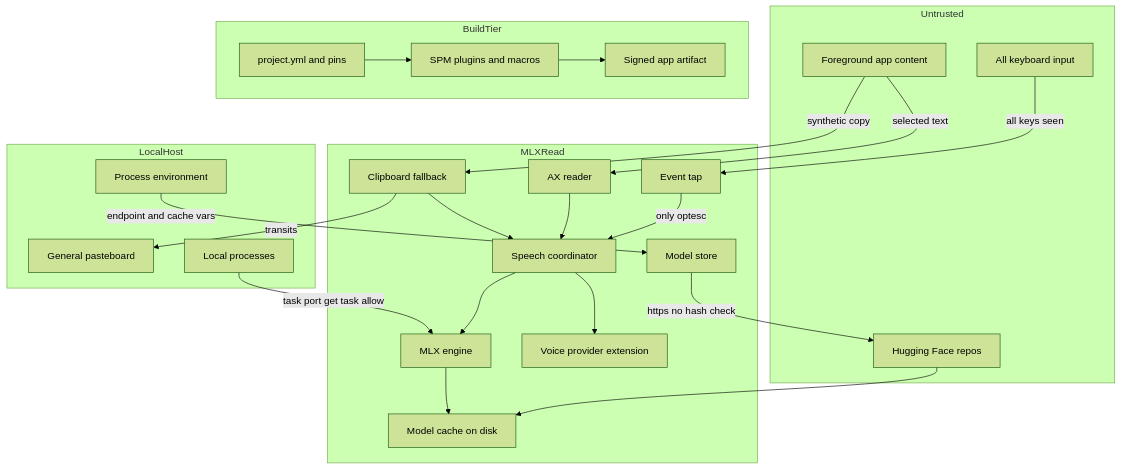
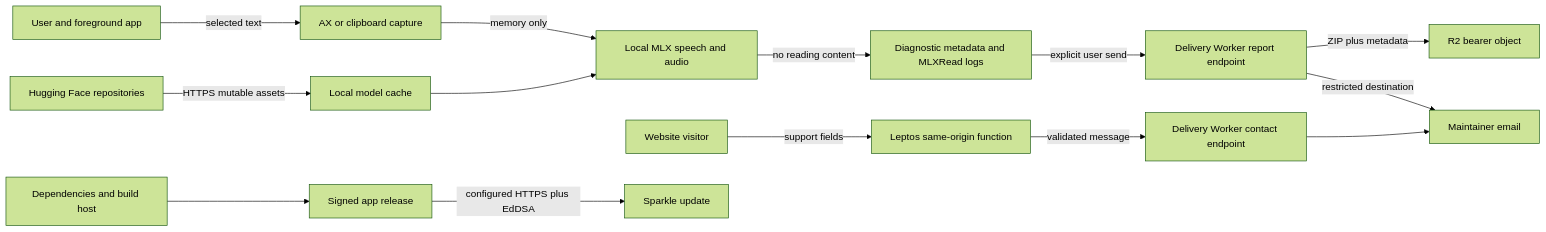
Before and after one commit to rogu3bear/mlxread: the diagram in mlxread-threat-model.md, drawn with Mermaid (forest theme). The commit also changed other lines of this file and 4 other files, not shown here.

````diff
--- a/mlxread-threat-model.md
+++ b/mlxread-threat-model.md
@@ -60,44 +104,16 @@
 ```mermaid
-flowchart TD
-  subgraph Untrusted
-    FG["Foreground app content"]
-    KB["All keyboard input"]
-    HF["Hugging Face repos"]
-  end
-  subgraph LocalHost
-    PB["General pasteboard"]
-    ENV["Process environment"]
-    LP["Local processes"]
-  end
-  subgraph MLXRead
-    TAP["Event tap"]
-    AX["AX reader"]
-    CLIP["Clipboard fallback"]
-    COORD["Speech coordinator"]
-    ENGINE["MLX engine"]
-    STORE["Model store"]
-    CACHE["Model cache on disk"]
-    APPEX["Voice provider extension"]
-  end
-  subgraph BuildTier
-    YML["project.yml and pins"]
-    SPM["SPM plugins and macros"]
-    ART["Signed app artifact"]
-  end
-  KB -->|all keys seen| TAP
-  TAP -->|only optesc| COORD
-  FG -->|selected text| AX
-  FG -->|synthetic copy| CLIP
-  CLIP -->|transits| PB
-  AX --> COORD
-  CLIP --> COORD
-  COORD --> ENGINE
-  STORE -->|https no hash check| HF
-  HF --> CACHE
-  ENV -->|endpoint and cache vars| STORE
-  ENGINE --> CACHE
-  COORD --> APPEX
-  LP -->|task port get task allow| ENGINE
-  YML --> SPM
-  SPM --> ART
+flowchart LR
+  U["User and foreground app"] -->|"selected text"| C["AX or clipboard capture"]
+  C -->|"memory only"| S["Local MLX speech and audio"]
+  S -->|"no reading content"| D["Diagnostic metadata and MLXRead logs"]
+  D -->|"explicit user send"| R["Delivery Worker report endpoint"]
+  R -->|"ZIP plus metadata"| O["R2 bearer object"]
+  R -->|"restricted destination"| E["Maintainer email"]
+  V["Website visitor"] -->|"support fields"| W["Leptos same-origin function"]
+  W -->|"validated message"| K["Delivery Worker contact endpoint"]
+  K --> E
+  A["Hugging Face repositories"] -->|"HTTPS mutable assets"| M["Local model cache"]
+  M --> S
+  G["Signed app release"] -->|"configured HTTPS plus EdDSA"| P["Sparkle update"]
+  B["Dependencies and build host"] --> G
 ```
````
